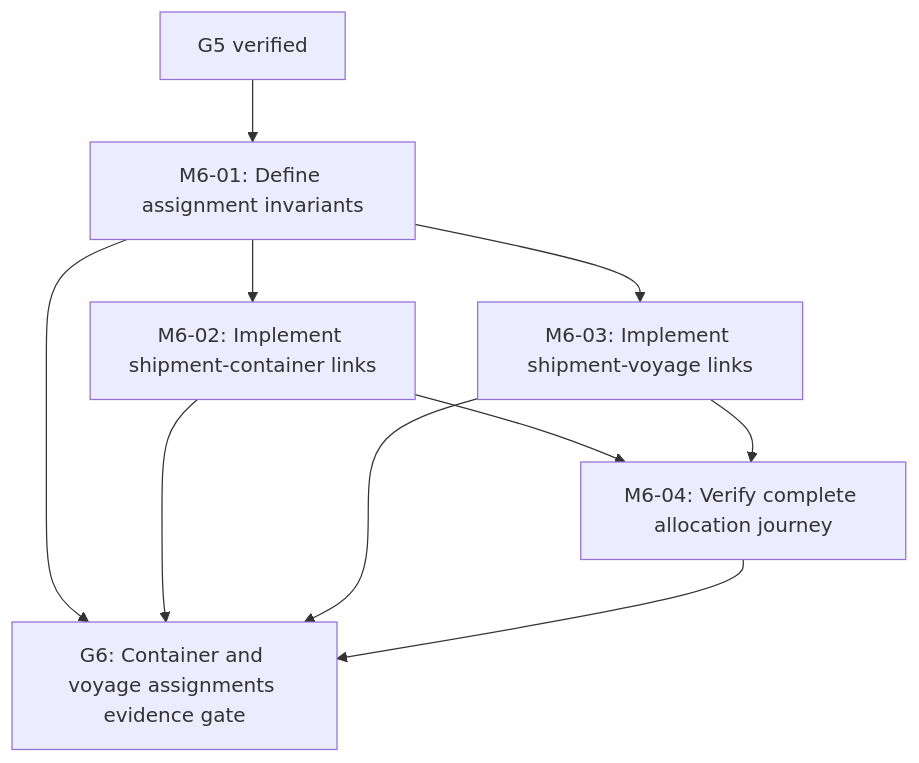
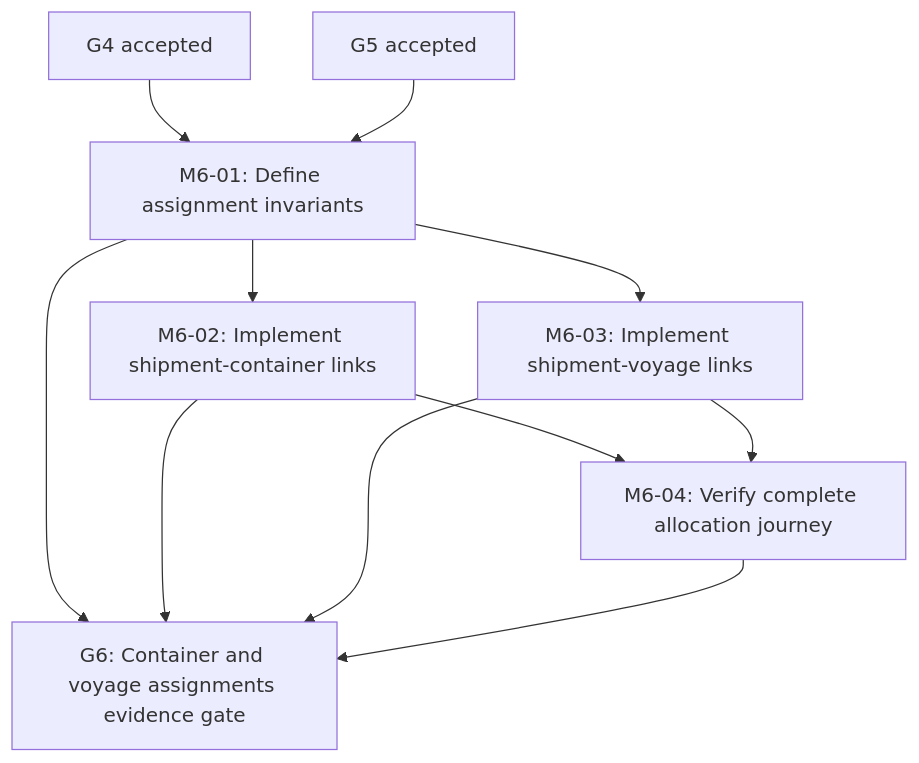
One commit to ekamal22/HarborOps-Enterprise-Maritime-Logistics-IT-Operations-Platform changed diagram 14 of 32 in docs/EXECUTION_GRAPH.md. Above: the diagram before and after it, drawn with Mermaid. The commit also changed other lines of this file and 2 other files, not shown here.

````diff
--- a/docs/EXECUTION_GRAPH.md
+++ b/docs/EXECUTION_GRAPH.md
@@ -335,18 +429,20 @@
 ```mermaid
 flowchart TD
   M6_01["M6-01: Define assignment invariants"]
   M6_02["M6-02: Implement shipment-container links"]
   M6_03["M6-03: Implement shipment-voyage links"]
   M6_04["M6-04: Verify complete allocation journey"]
   G6["G6: Container and voyage assignments evidence gate"]
-  G5["G5 verified"]
+  G4["G4 accepted"]
+  G5["G5 accepted"]
+  G4 --> M6_01
   G5 --> M6_01
   M6_01 --> M6_02
   M6_01 --> M6_03
   M6_02 --> M6_04
   M6_03 --> M6_04
   M6_01 --> G6
   M6_02 --> G6
   M6_03 --> G6
   M6_04 --> G6
 ```
````
